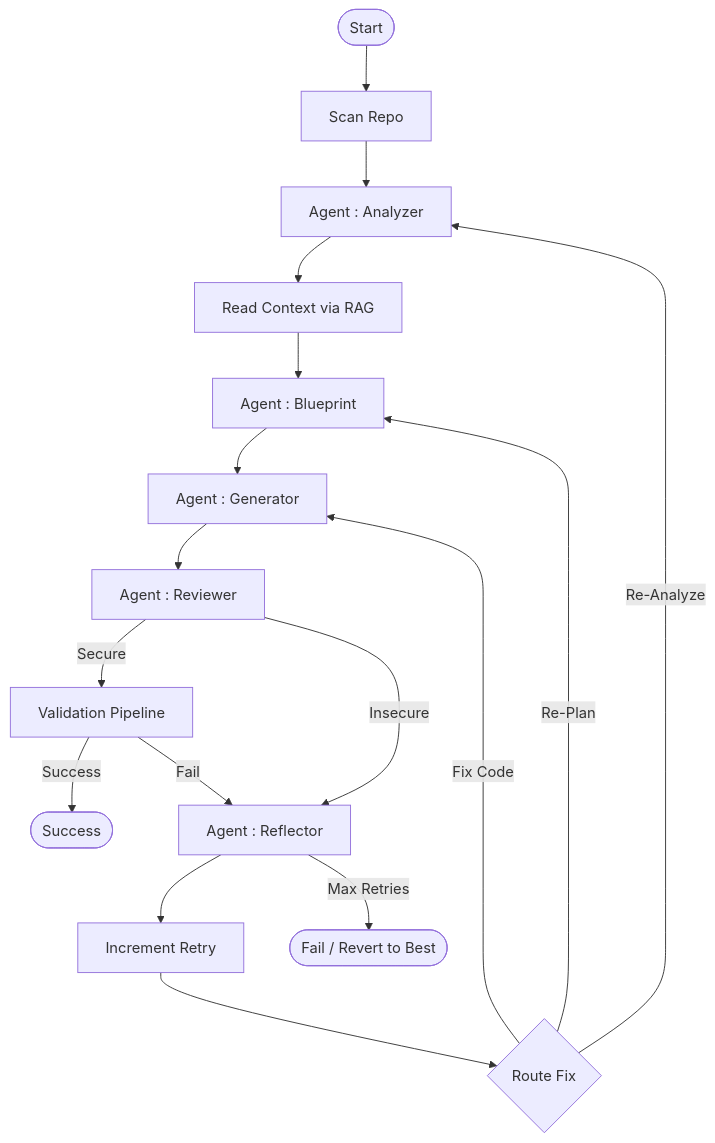
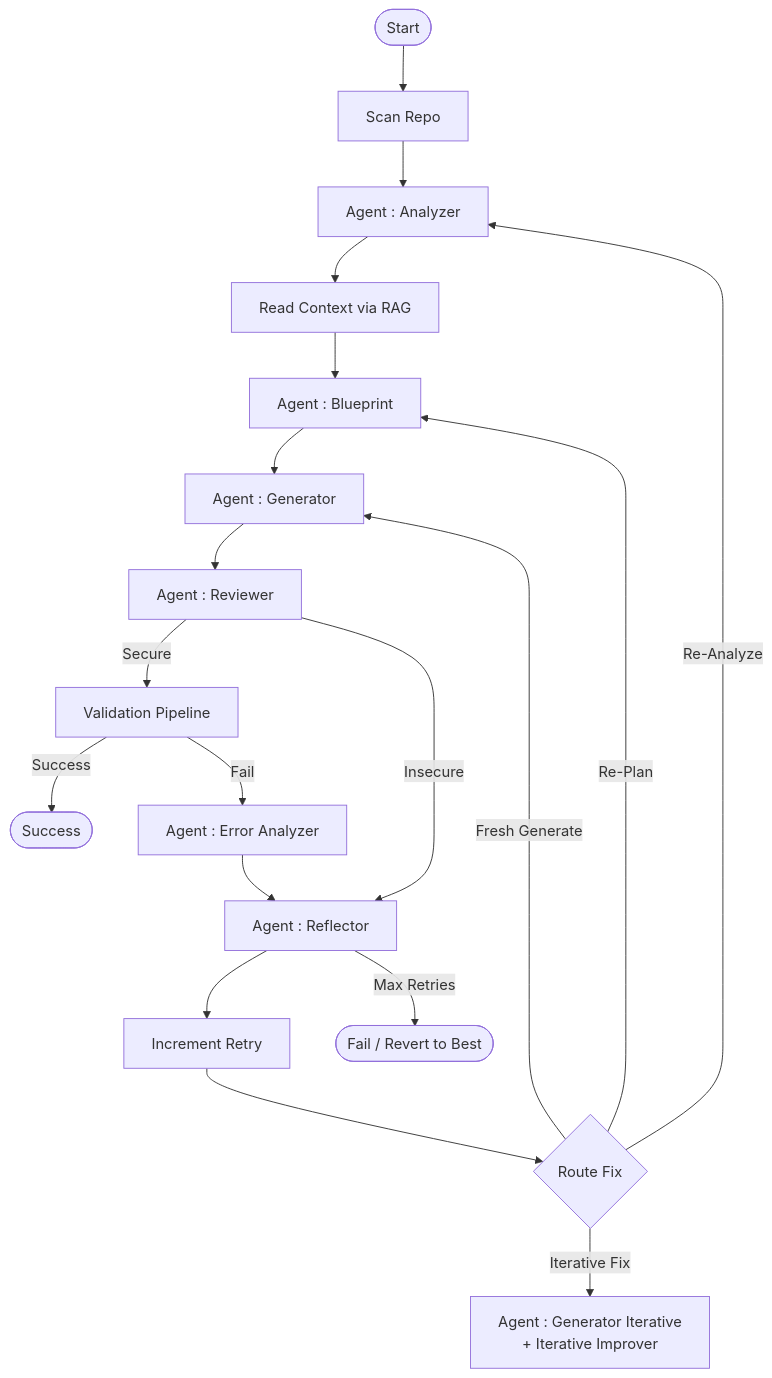
One commit to itzzjb/dockai changed the diagram in README.md. Above: the diagram before and after it, drawn with Mermaid. The commit also changed 2 other files, not shown here.

Commit message:
Update architecture and GitHub Actions documentation to reflect changes in agent workflow and versioning

````diff
--- a/README.md
+++ b/README.md
@@ -60,24 +60,26 @@
 ```mermaid
 graph TD
     Start([Start]) --> Scan[Scan Repo]
     Scan --> Analyze[Agent : Analyzer]
     Analyze --> ReadFiles[Read Context via RAG]
     ReadFiles --> Blueprint[Agent : Blueprint]
     Blueprint --> Generate[Agent : Generator]
     Generate --> Review[Agent : Reviewer]
     
     Review -->|Secure| Validate[Validation Pipeline]
     Review -->|Insecure| Reflect
     
     Validate -->|Success| End([Success])
-    Validate -->|Fail| Reflect[Agent : Reflector]
+    Validate -->|Fail| ErrorAnalyze[Agent : Error Analyzer]
+    ErrorAnalyze --> Reflect[Agent : Reflector]
     
     Reflect --> IncRetry[Increment Retry]
     IncRetry --> Route{Route Fix}
     
     Route -->|Re-Analyze| Analyze
     Route -->|Re-Plan| Blueprint
-    Route -->|Fix Code| Generate
+    Route -->|Iterative Fix| GenIterative[Agent : Generator Iterative<br/>+ Iterative Improver]
+    Route -->|Fresh Generate| Generate
     
     Reflect -->|Max Retries| EndFail([Fail / Revert to Best])
 ```
````
